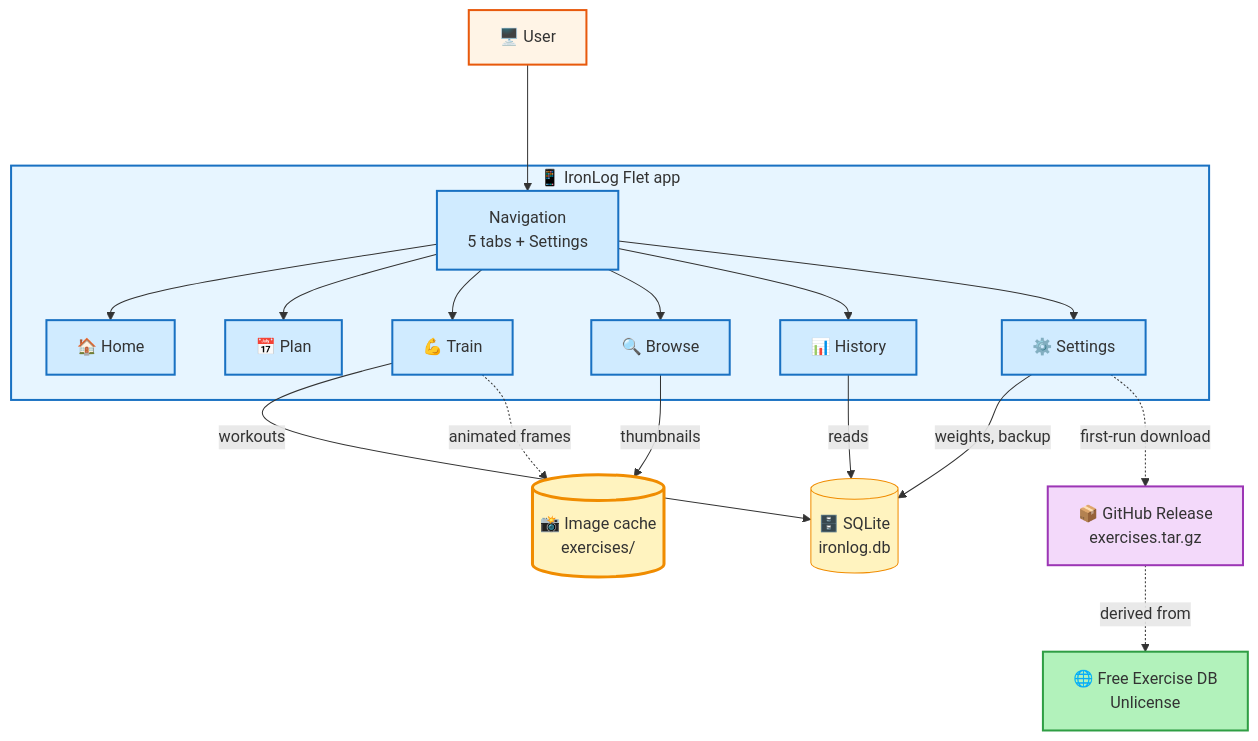
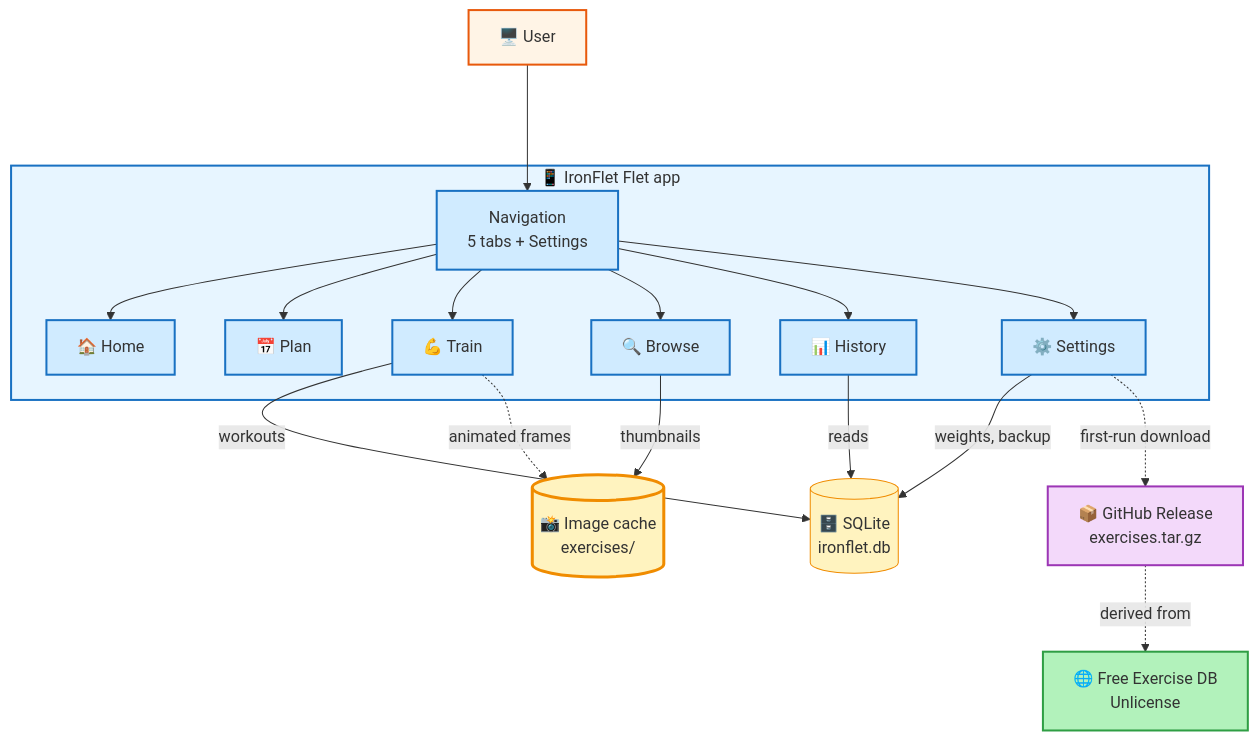
Before and after one commit to kalexnolasco/ironflet: the diagram in README.md, drawn with Mermaid. The commit also changed other lines of this file and 9 other files, not shown here.

First line of the commit message:
Rename IronLog -> IronFlet across the project

````diff
--- a/README.md
+++ b/README.md
@@ -34,46 +34,46 @@
 ```mermaid
 graph TD
     USER["🖥️ User"]
-    subgraph APP["📱 IronLog Flet app"]
+    subgraph APP["📱 IronFlet Flet app"]
         NAV["Navigation<br/>5 tabs + Settings"]
         HOME["🏠 Home"]
         PLAN["📅 Plan"]
         TRAIN["💪 Train"]
         BROWSE["🔍 Browse"]
         HIST["📊 History"]
         PROF["⚙️ Settings"]
     end
-    SQLITE[("🗄️ SQLite<br/>ironlog.db")]
+    SQLITE[("🗄️ SQLite<br/>ironflet.db")]
     CACHE[("📸 Image cache<br/>exercises/")]
     GH["📦 GitHub Release<br/>exercises.tar.gz"]
     FEDB["🌐 Free Exercise DB<br/>Unlicense"]
 
     USER ---> NAV
     NAV --> HOME
     NAV --> PLAN
     NAV --> TRAIN
     NAV --> BROWSE
     NAV --> HIST
     NAV --> PROF
     TRAIN -->|workouts| SQLITE
     PROF -->|weights, backup| SQLITE
     HIST -->|reads| SQLITE
     BROWSE -->|thumbnails| CACHE
     TRAIN -.->|animated frames| CACHE
     PROF -.->|first-run download| GH
     GH -.->|derived from| FEDB
 
     style USER fill:#fff4e6,stroke:#e8590c,stroke-width:2px
     style APP fill:#e7f5ff,stroke:#1971c2,stroke-width:2px
     style NAV fill:#d0ebff,stroke:#1971c2,stroke-width:2px
     style HOME fill:#d0ebff,stroke:#1971c2,stroke-width:2px
     style PLAN fill:#d0ebff,stroke:#1971c2,stroke-width:2px
     style TRAIN fill:#d0ebff,stroke:#1971c2,stroke-width:2px
     style BROWSE fill:#d0ebff,stroke:#1971c2,stroke-width:2px
     style HIST fill:#d0ebff,stroke:#1971c2,stroke-width:2px
     style PROF fill:#d0ebff,stroke:#1971c2,stroke-width:2px
     style SQLITE fill:#fff3bf,stroke:#f08c00
     style CACHE fill:#fff3bf,stroke:#f08c00,stroke-width:3px
     style GH fill:#f3d9fa,stroke:#9c36b5,stroke-width:2px
     style FEDB fill:#b2f2bb,stroke:#2f9e44,stroke-width:2px
 ```
````
